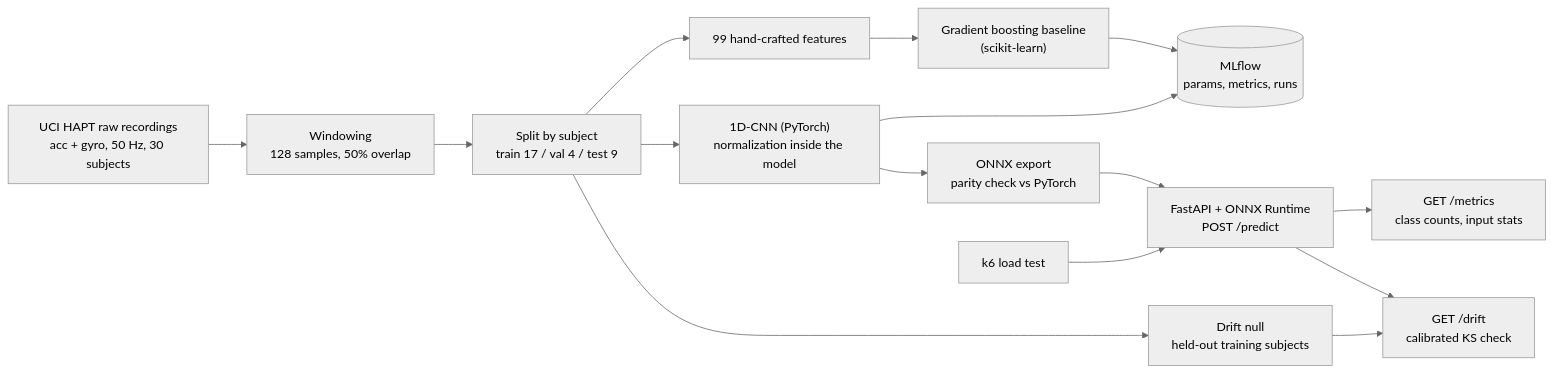
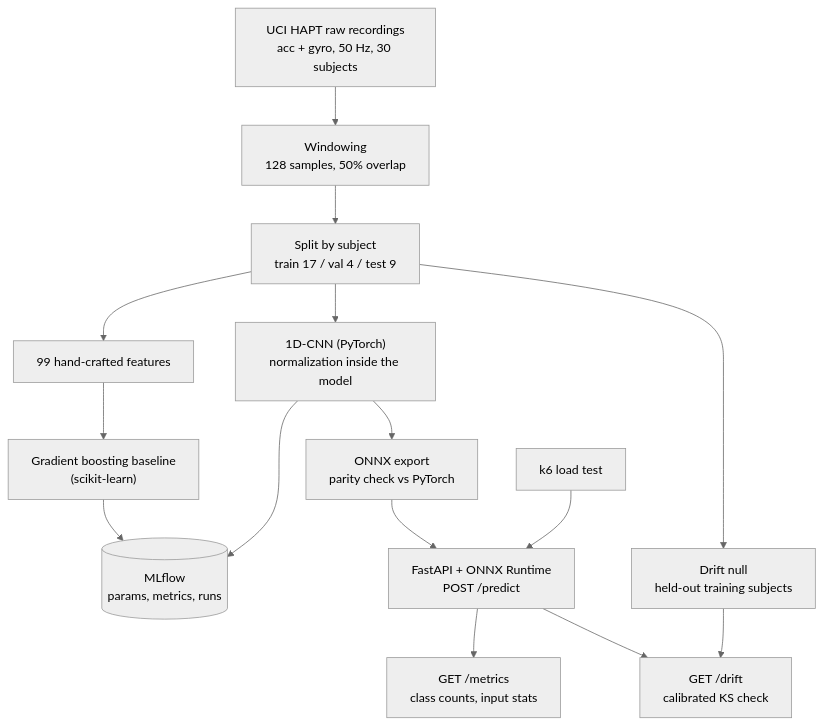
One commit to byteKumar/movement-classifier changed the diagram in README.md. Above: the diagram before and after it, drawn with Mermaid (neutral theme).

Commit message:
Rewrite README: top-down architecture diagram

````diff
--- a/README.md
+++ b/README.md
@@ -18,17 +18,17 @@
 ```mermaid
-flowchart LR
+flowchart TD
     raw["UCI HAPT raw recordings<br/>acc + gyro, 50 Hz, 30 subjects"] --> win["Windowing<br/>128 samples, 50% overlap"]
     win --> split["Split by subject<br/>train 17 / val 4 / test 9"]
     split --> feat["99 hand-crafted features"]
     feat --> hgb["Gradient boosting baseline<br/>(scikit-learn)"]
     split --> cnn["1D-CNN (PyTorch)<br/>normalization inside the model"]
     hgb --> mlflow[("MLflow<br/>params, metrics, runs")]
     cnn --> mlflow
     cnn --> onnx["ONNX export<br/>parity check vs PyTorch"]
     onnx --> api["FastAPI + ONNX Runtime<br/>POST /predict"]
     split --> null["Drift null<br/>held-out training subjects"]
     api --> metrics["GET /metrics<br/>class counts, input stats"]
     api --> drift["GET /drift<br/>calibrated KS check"]
     null --> drift
     k6["k6 load test"] --> api
 ```
````
